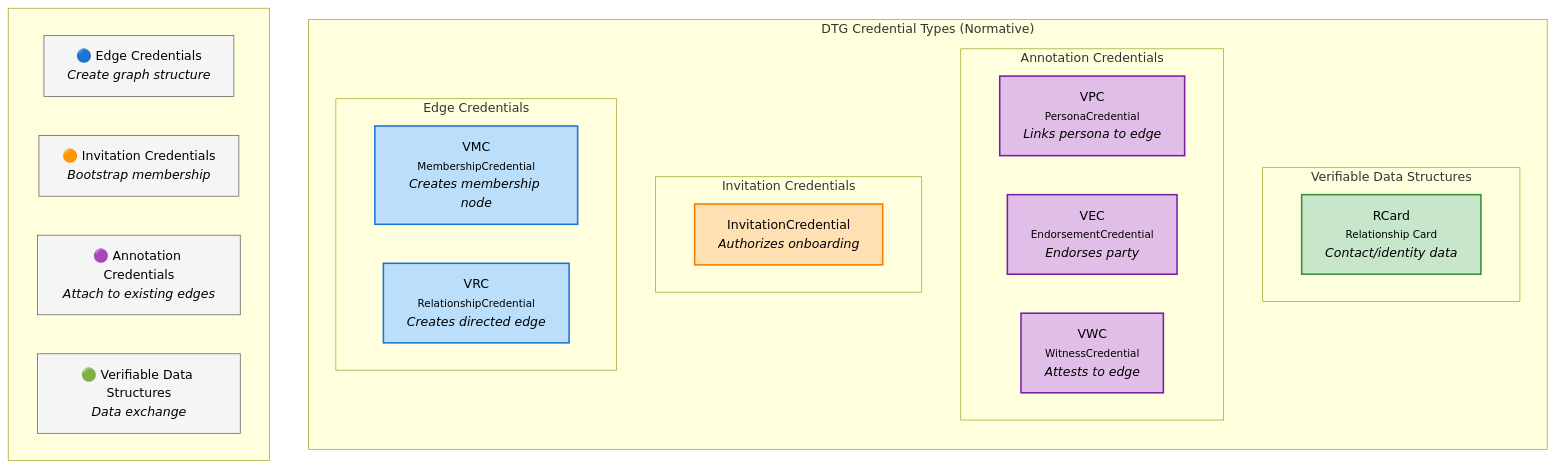
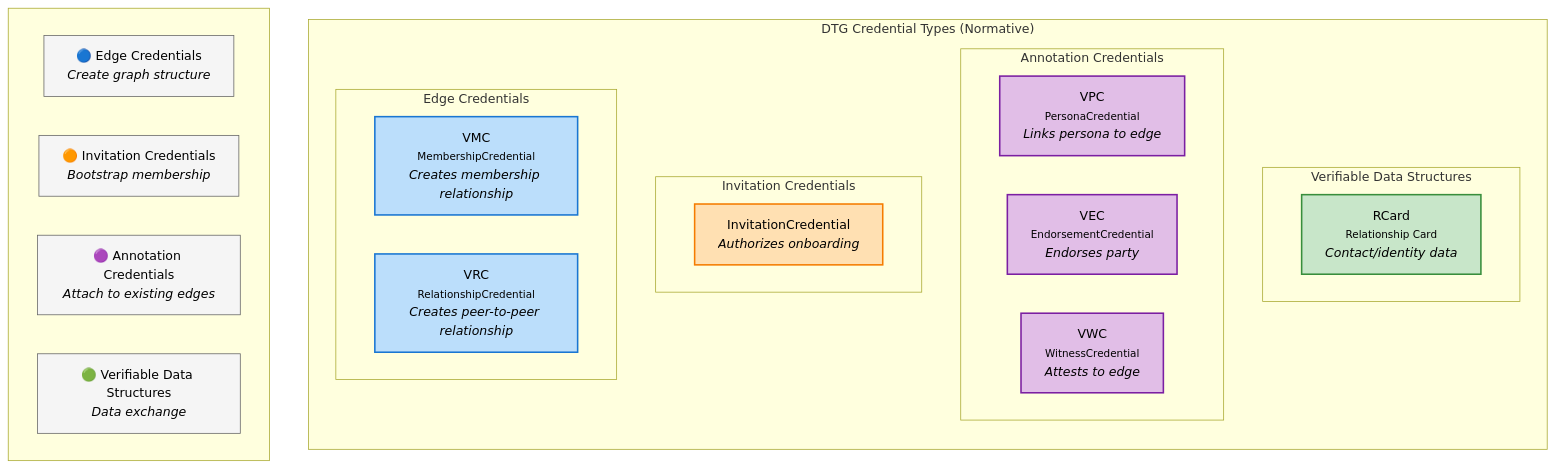
The diagram in dtg.md (trustoverip/dtgwg-cred-tf), drawn with Mermaid before and after one commit. The commit also changed other lines of this file, not shown here.

Commit message:
Clarify bi-directionality of Edge Credentials

````diff
--- a/dtg.md
+++ b/dtg.md
@@ -34,45 +34,45 @@
 ```mermaid
 graph TB
     subgraph Types["DTG Credential Types (Normative)"]
         direction TB
 
         subgraph VDS["Verifiable Data Structures"]
             RCARD["RCard<br/><small>Relationship Card</small><br/><i>Contact/identity data</i>"]
         end
 
         subgraph Annotation["Annotation Credentials"]
             VPC["VPC<br/><small>PersonaCredential</small><br/><i>Links persona to edge</i>"]
             VEC["VEC<br/><small>EndorsementCredential</small><br/><i>Endorses party</i>"]
             VWC["VWC<br/><small>WitnessCredential</small><br/><i>Attests to edge</i>"]
         end
 
         subgraph Invitation["Invitation Credentials"]
             INV["InvitationCredential<br/><i>Authorizes onboarding</i>"]
         end
 
         subgraph Edge["Edge Credentials"]
-            VMC["VMC<br/><small>MembershipCredential</small><br/><i>Creates membership node</i>"]
-            VRC["VRC<br/><small>RelationshipCredential</small><br/><i>Creates directed edge</i>"]
+            VMC["VMC<br/><small>MembershipCredential</small><br/><i>Creates membership relationship</i>"]
+            VRC["VRC<br/><small>RelationshipCredential</small><br/><i>Creates peer-to-peer relationship</i>"]
         end
     end
 
     subgraph Legend[" "]
         direction LR
         L1["🔵 Edge Credentials<br/><i>Create graph structure</i>"]
         L2["🟠 Invitation Credentials<br/><i>Bootstrap membership</i>"]
         L3["🟣 Annotation Credentials<br/><i>Attach to existing edges</i>"]
         L4["🟢 Verifiable Data Structures<br/><i>Data exchange</i>"]
     end
 
     classDef edge fill:#bbdefb,stroke:#1976d2,stroke-width:2px,color:#000
     classDef inv fill:#ffe0b2,stroke:#f57c00,stroke-width:2px,color:#000
     classDef ann fill:#e1bee7,stroke:#7b1fa2,stroke-width:2px,color:#000
     classDef vds fill:#c8e6c9,stroke:#388e3c,stroke-width:2px,color:#000
     classDef legend fill:#f5f5f5,stroke:#666,stroke-width:1px,color:#000
 
     class VMC,VRC edge
     class INV inv
     class VPC,VEC,VWC ann
     class RCARD vds
     class L1,L2,L3,L4 legend
 ```
````
